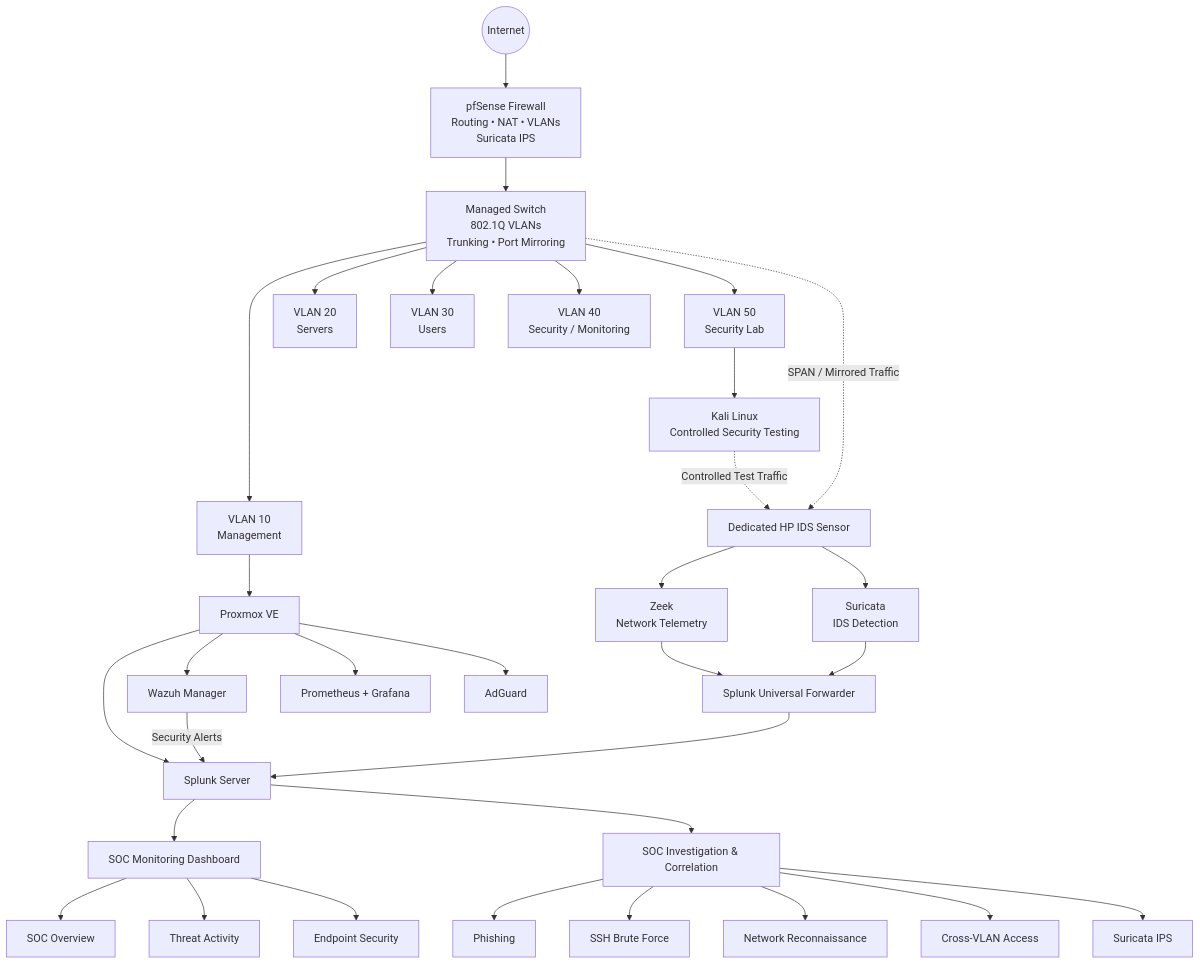
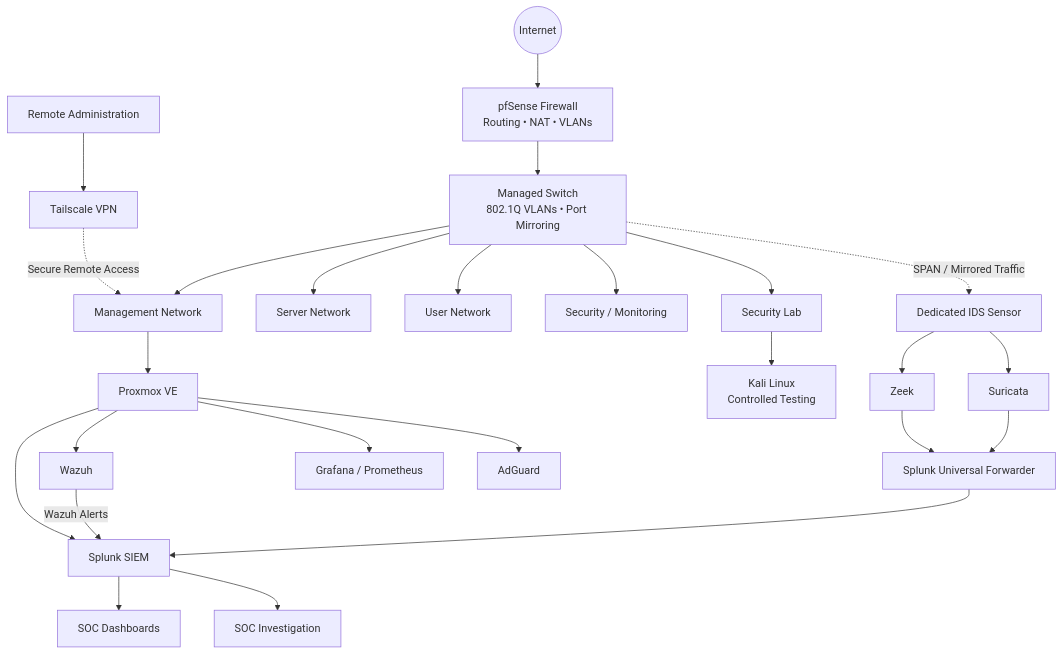
The first of 3 diagrams in README.md (CyberAmal/enterprise-soc-security-lab), drawn with Mermaid before and after one commit. The commit also changed other lines of this file, not shown here.

````diff
--- a/README.md
+++ b/README.md
@@ -78,52 +23,42 @@
 ```mermaid
 flowchart TB
 
     INTERNET((Internet))
+    REMOTE["Remote Administration"]
 
-    INTERNET --> FW["pfSense Firewall<br/>Routing • NAT • VLANs<br/>Suricata IPS"]
+    INTERNET --> FW["pfSense Firewall<br/>Routing • NAT • VLANs"]
+    REMOTE --> VPN["Tailscale VPN"]
 
-    FW --> SW["Managed Switch<br/>802.1Q VLANs<br/>Trunking • Port Mirroring"]
+    FW --> SWITCH["Managed Switch<br/>802.1Q VLANs • Port Mirroring"]
 
-    SW --> V10["VLAN 10<br/>Management"]
-    SW --> V20["VLAN 20<br/>Servers"]
-    SW --> V30["VLAN 30<br/>Users"]
-    SW --> V40["VLAN 40<br/>Security / Monitoring"]
-    SW --> V50["VLAN 50<br/>Security Lab"]
+    SWITCH --> MGMT["Management Network"]
+    SWITCH --> SERVERS["Server Network"]
+    SWITCH --> USERS["User Network"]
+    SWITCH --> SECURITY["Security / Monitoring"]
+    SWITCH --> LAB["Security Lab"]
 
-    V10 --> PROXMOX["Proxmox VE"]
+    MGMT --> PROXMOX["Proxmox VE"]
 
-    PROXMOX --> SPLUNK["Splunk Server"]
-    PROXMOX --> WAZUH["Wazuh Manager"]
-    PROXMOX --> MONITORING["Prometheus + Grafana"]
-    PROXMOX --> ADGUARD["AdGuard"]
+    PROXMOX --> SPLUNK["Splunk SIEM"]
+    PROXMOX --> WAZUH["Wazuh"]
+    PROXMOX --> MON["Grafana / Prometheus"]
+    PROXMOX --> DNS["AdGuard"]
 
-    V50 --> KALI["Kali Linux<br/>Controlled Security Testing"]
+    SWITCH -. "SPAN / Mirrored Traffic" .-> SENSOR["Dedicated IDS Sensor"]
 
-    SW -. "SPAN / Mirrored Traffic" .-> IDS["Dedicated HP IDS Sensor"]
+    SENSOR --> ZEEK["Zeek"]
+    SENSOR --> SURICATA["Suricata"]
 
-    IDS --> ZEEK["Zeek<br/>Network Telemetry"]
-    IDS --> SURICATA["Suricata<br/>IDS Detection"]
+    ZEEK --> FORWARDER["Splunk Universal Forwarder"]
+    SURICATA --> FORWARDER
 
-    ZEEK --> UF["Splunk Universal Forwarder"]
-    SURICATA --> UF
+    FORWARDER --> SPLUNK
+    WAZUH -->|"Wazuh Alerts"| SPLUNK
 
-    UF --> SPLUNK
+    SPLUNK --> DASH["SOC Dashboards"]
+    SPLUNK --> INVEST["SOC Investigation"]
 
-    WAZUH -->|"Security Alerts"| SPLUNK
+    LAB --> KALI["Kali Linux<br/>Controlled Testing"]
 
-    SPLUNK --> DASHBOARD["SOC Monitoring Dashboard"]
-
-    DASHBOARD --> SOC["SOC Overview"]
-    DASHBOARD --> THREAT["Threat Activity"]
-    DASHBOARD --> ENDPOINT["Endpoint Security"]
-
-    SPLUNK --> INVESTIGATION["SOC Investigation & Correlation"]
-
-    INVESTIGATION --> I1["Phishing"]
-    INVESTIGATION --> I2["SSH Brute Force"]
-    INVESTIGATION --> I3["Network Reconnaissance"]
-    INVESTIGATION --> I4["Cross-VLAN Access"]
-    INVESTIGATION --> I5["Suricata IPS"]
-
-    KALI -. "Controlled Test Traffic" .-> IDS
+    VPN -. "Secure Remote Access" .-> MGMT
 ```
````
